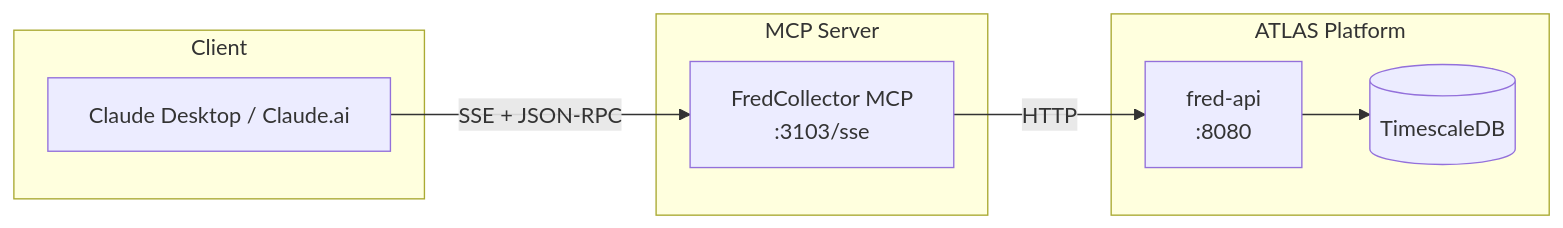
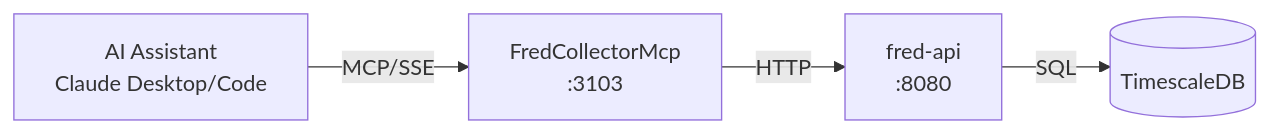
Before and after one commit to jpansarasa/ATLAS-Docs: the diagram in FredCollectorMcp/README.md, drawn with Mermaid. The commit also changed other lines of this file and 31 other files, not shown here.

````diff
--- a/FredCollectorMcp/README.md
+++ b/FredCollectorMcp/README.md
@@ -16,19 +11,6 @@
 ```mermaid
 flowchart LR
-    subgraph Client
-        CD[Claude Desktop / Claude.ai]
-    end
-    
-    subgraph MCP Server
-        MCP[FredCollector MCP\n:3103/sse]
-    end
-    
-    subgraph ATLAS Platform
-        API[fred-api\n:8080]
-        DB[(TimescaleDB)]
-    end
-
-    CD -->|SSE + JSON-RPC| MCP
-    MCP -->|HTTP| API
-    API --> DB
+    AI[AI Assistant<br/>Claude Desktop/Code] -->|MCP/SSE| MCP[FredCollectorMcp<br/>:3103]
+    MCP -->|HTTP| API[fred-api<br/>:8080]
+    API -->|SQL| DB[(TimescaleDB)]
 ```
````
